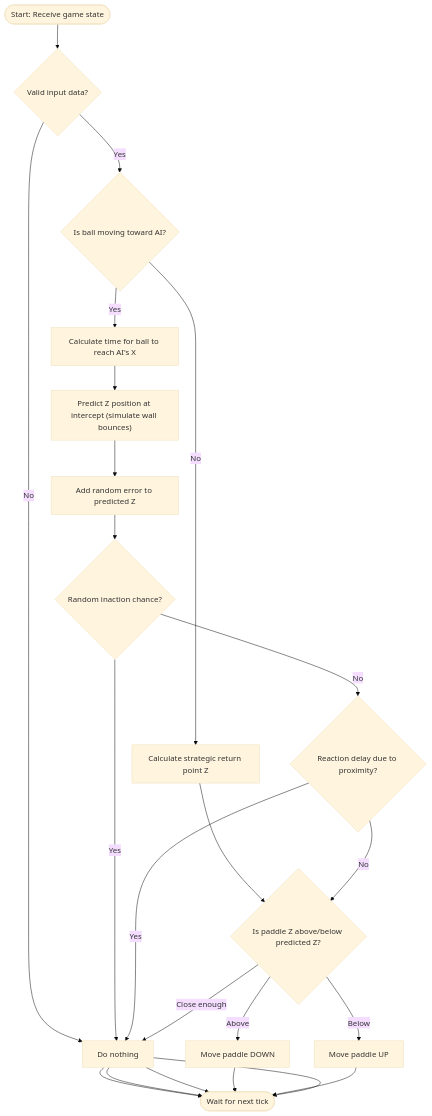
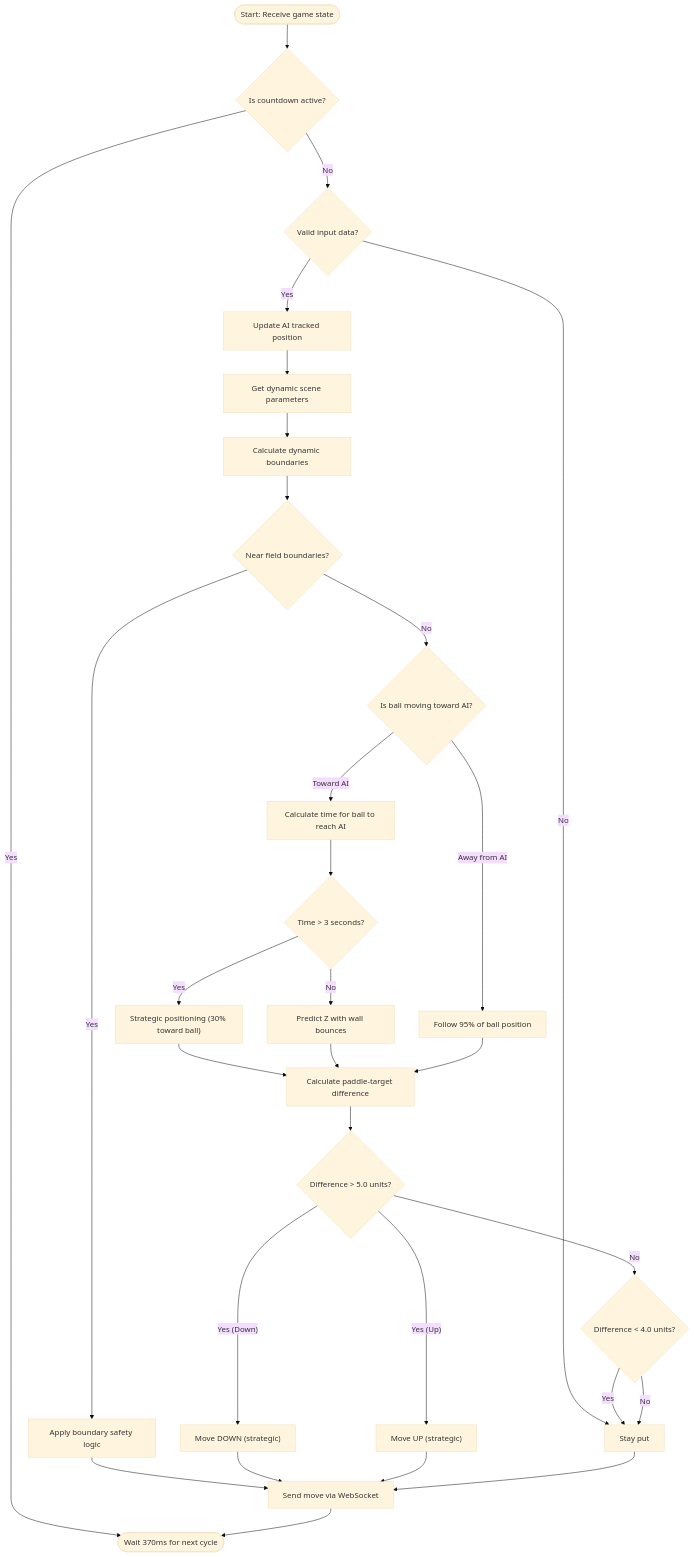
The diagram in ai-service/README.md (1LisaW/trancendence), drawn with Mermaid (base theme) before and after one commit. The commit also changed other lines of this file and 5 other files, not shown here.

````diff
--- a/ai-service/README.md
+++ b/ai-service/README.md
@@ -54,30 +354,54 @@
 ```mermaid
 flowchart TD
     Start(["Start: Receive game state"])
+    Countdown{"Is countdown active?"}
     Validate{"Valid input data?"}
+    UpdatePos["Update AI tracked position"]
+    GetScene["Get dynamic scene parameters"]
+    CalcBounds["Calculate dynamic boundaries"]
+    CheckBounds{"Near field boundaries?"}
+    BoundaryLogic["Apply boundary safety logic"]
     CheckDir{"Is ball moving toward AI?"}
-    PredictTime["Calculate time for ball to reach AI's X"]
-    PredictZ["Predict Z position at intercept (simulate wall bounces)"]
-    StrategicPos["Calculate strategic return point Z"]
-    AddError["Add random error to predicted Z"]
-    Inaction{"Random inaction chance?"}
-    Delay{"Reaction delay due to proximity?"}
-    CompareZ{"Is paddle Z above/below predicted Z?"}
-    MoveUp["Move paddle UP"]
-    MoveDown["Move paddle DOWN"]
-    NoMove["Do nothing"]
-    End(["Wait for next tick"])
+    PredictTime["Calculate time for ball to reach AI"]
+    TimeCheck{"Time > 3 seconds?"}
+    Strategic["Strategic positioning (30% toward ball)"]
+    PredictZ["Predict Z with wall bounces"]
+    FollowBall["Follow 95% of ball position"]
+    CalcDiff["Calculate paddle-target difference"]
+    MoveThresh{"Difference > 5.0 units?"}
+    Deadband{"Difference < 4.0 units?"}
+    MoveUp["Move UP (strategic)"]
+    MoveDown["Move DOWN (strategic)"]
+    NoMove["Stay put"]
+    SendMove["Send move via WebSocket"]
+    End(["Wait 370ms for next cycle"])
 
-    Start --> Validate
-    Validate -- "No" --> NoMove --> End
-    Validate -- "Yes" --> CheckDir
-    CheckDir -- "No" --> StrategicPos --> CompareZ
-    CheckDir -- "Yes" --> PredictTime --> PredictZ --> AddError --> Inaction
-    Inaction -- "Yes" --> NoMove --> End
-    Inaction -- "No" --> Delay
-    Delay -- "Yes" --> NoMove --> End
-    Delay -- "No" --> CompareZ
-    CompareZ -- "Above" --> MoveDown --> End
-    CompareZ -- "Below" --> MoveUp --> End
-    CompareZ -- "Close enough" --> NoMove --> End
+    Start --> Countdown
+    Countdown -- "Yes" --> End
+    Countdown -- "No" --> Validate
+    Validate -- "No" --> NoMove
+    Validate -- "Yes" --> UpdatePos
+    UpdatePos --> GetScene
+    GetScene --> CalcBounds
+    CalcBounds --> CheckBounds
+    CheckBounds -- "Yes" --> BoundaryLogic --> SendMove
+    CheckBounds -- "No" --> CheckDir
+    CheckDir -- "Toward AI" --> PredictTime
+    CheckDir -- "Away from AI" --> FollowBall
+    PredictTime --> TimeCheck
+    TimeCheck -- "Yes" --> Strategic
+    TimeCheck -- "No" --> PredictZ
+    Strategic --> CalcDiff
+    PredictZ --> CalcDiff
+    FollowBall --> CalcDiff
+    CalcDiff --> MoveThresh
+    MoveThresh -- "Yes (Down)" --> MoveDown
+    MoveThresh -- "Yes (Up)" --> MoveUp
+    MoveThresh -- "No" --> Deadband
+    Deadband -- "Yes" --> NoMove
+    Deadband -- "No" --> NoMove
+    MoveDown --> SendMove
+    MoveUp --> SendMove
+    NoMove --> SendMove
+    SendMove --> End
 ```
````
